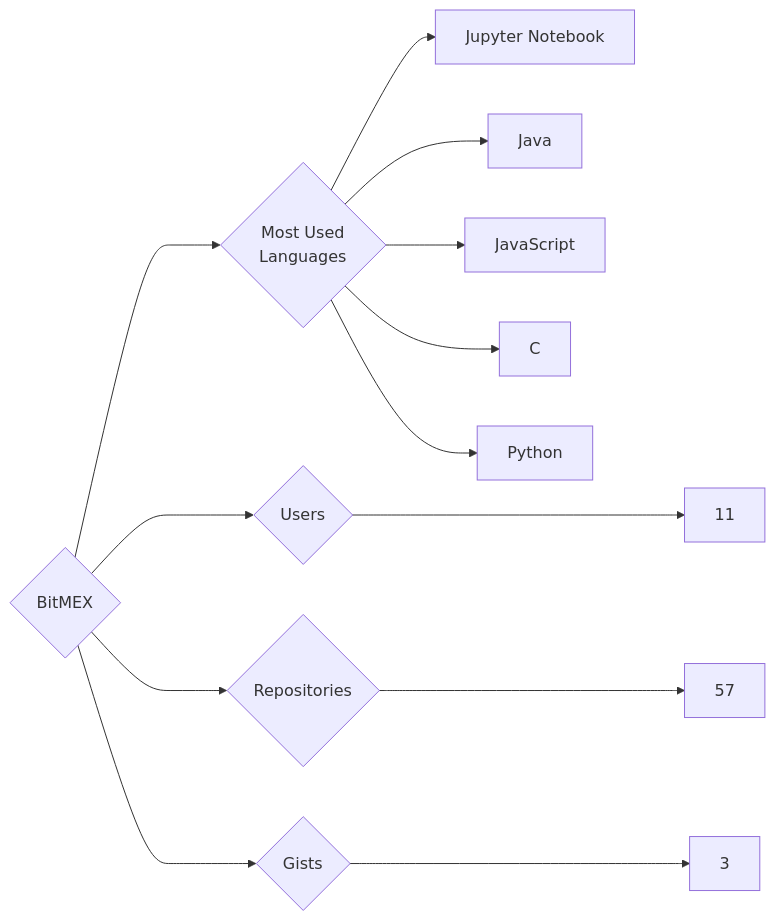
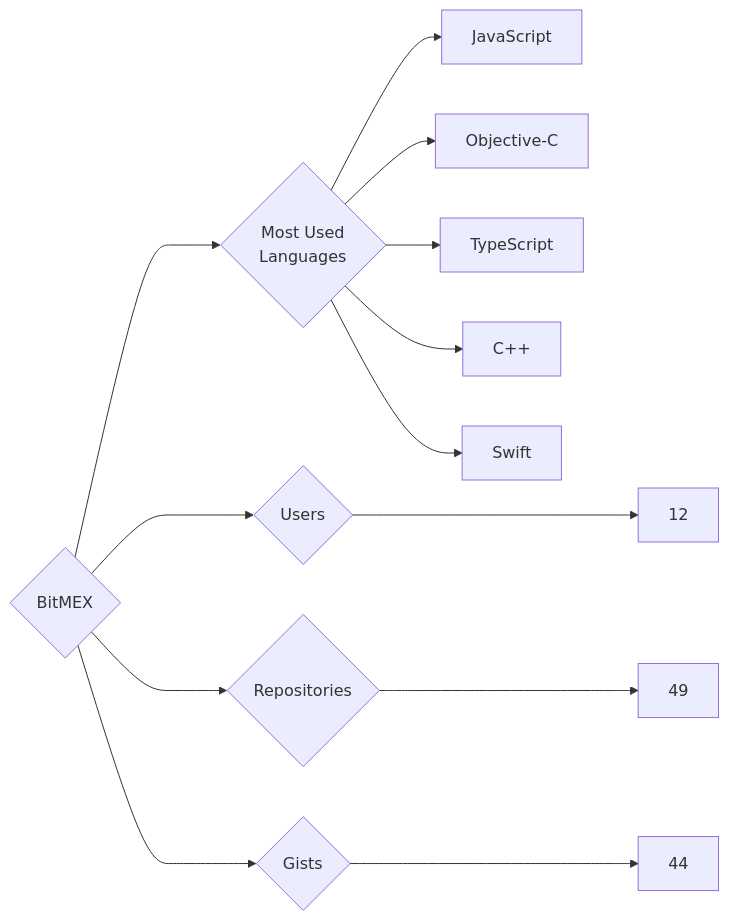
One commit to trickest/insiders changed the diagram in targets/BitMEX/README.md. Above: the diagram before and after it, drawn with Mermaid. The commit also changed 951 other files, not shown here.

````diff
--- a/targets/BitMEX/README.md
+++ b/targets/BitMEX/README.md
@@ -3,13 +3,13 @@
 ```mermaid
 graph LR
 COMPANY_NAME{BitMEX}
-COMPANY_NAME ---> U{Users} ---> UN[11]
-COMPANY_NAME ---> R{Repositories} ---> RN[57]
-COMPANY_NAME ---> G{Gists} ---> GN[3]
+COMPANY_NAME ---> U{Users} ---> UN[12]
+COMPANY_NAME ---> R{Repositories} ---> RN[49]
+COMPANY_NAME ---> G{Gists} ---> GN[44]
 COMPANY_NAME ---> ML{Most Used<br>Languages}
-ML --> Jupyter_Notebook[Jupyter Notebook]
-ML --> Java[Java]
 ML --> JavaScript[JavaScript]
-ML --> C[C]
-ML --> Python[Python]
+ML --> Objective-C[Objective-C]
+ML --> TypeScript[TypeScript]
+ML --> C++[C++]
+ML --> Swift[Swift]
 ```
````
